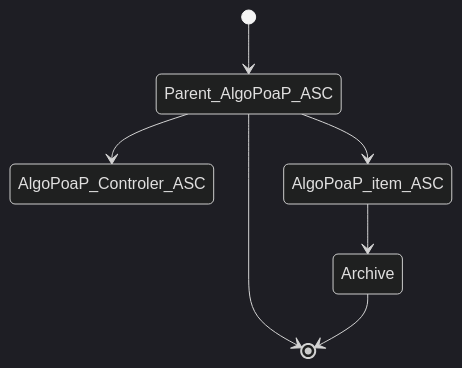
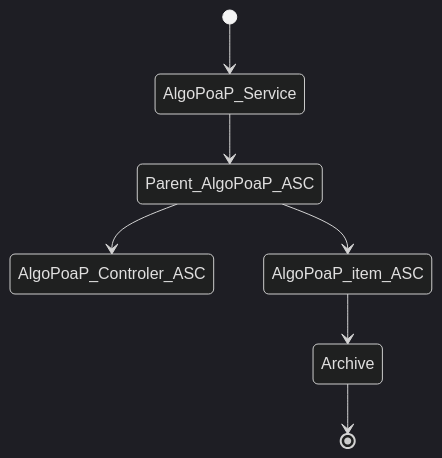
Before and after one commit to Sun-C0ffee/algopoap-smartcontracts: the second of 3 diagrams in README.md, drawn with Mermaid (dark theme).

````diff
--- a/README.md
+++ b/README.md
@@ -26,10 +26,9 @@
 ```mermaid
   stateDiagram-v2
-    [*] --> Parent_AlgoPoaP_ASC
-    Parent_AlgoPoaP_ASC --> [*]
+    [*] --> AlgoPoaP_Service
+    AlgoPoaP_Service --> Parent_AlgoPoaP_ASC
     Parent_AlgoPoaP_ASC --> AlgoPoaP_Controler_ASC
     Parent_AlgoPoaP_ASC --> AlgoPoaP_item_ASC
-    
     AlgoPoaP_item_ASC --> Archive
     Archive --> [*]
 ```
````
